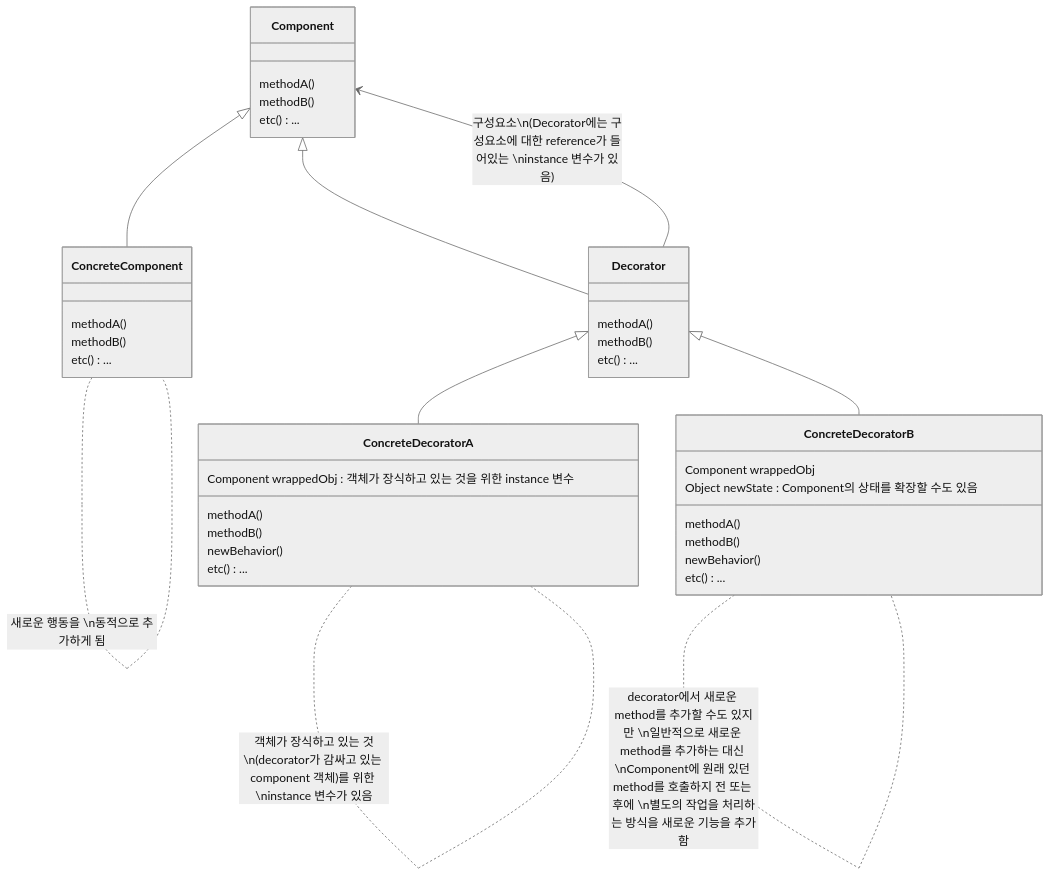
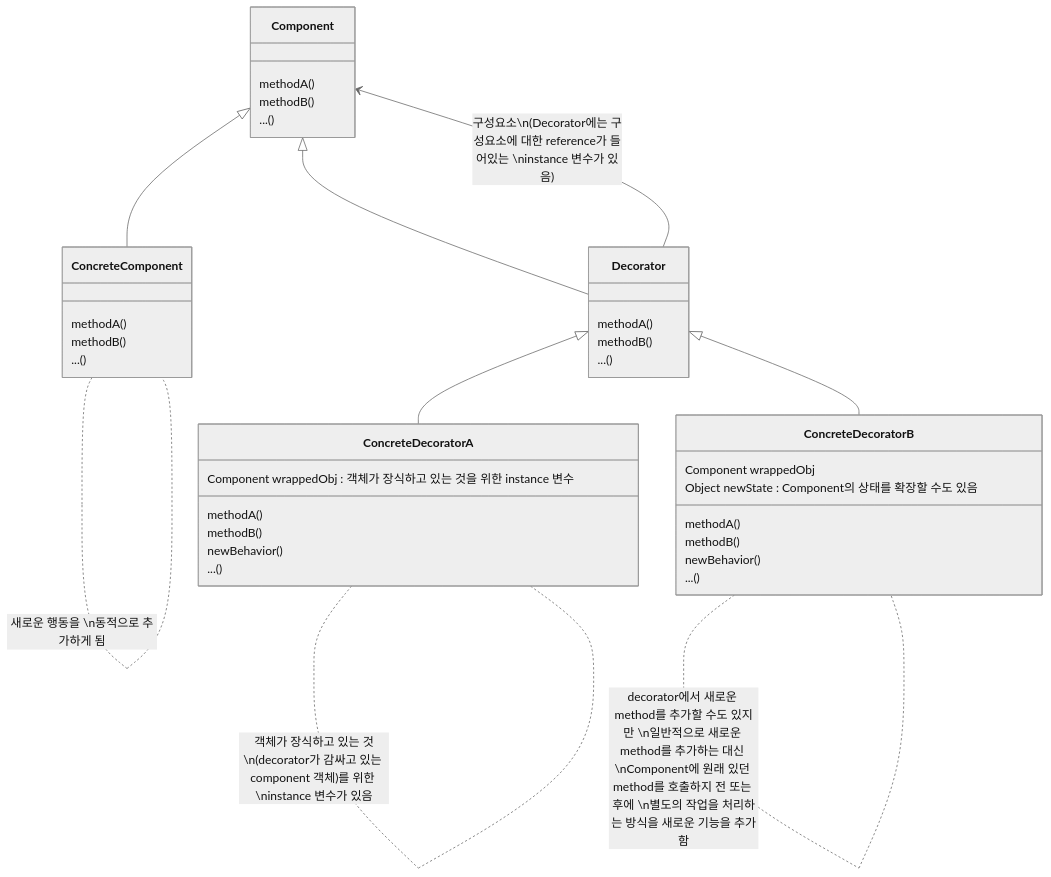
Before and after one commit to choesimin/choesimin.github.io: the first of 2 diagrams in design/design-pattern/decorator-pattern.md, drawn with Mermaid (neutral theme). The commit also changed other lines of this file and 6 other files, not shown here.

````diff
--- a/design/design-pattern/decorator-pattern.md
+++ b/design/design-pattern/decorator-pattern.md
@@ -25,49 +25,49 @@
 ```mermaid
 classDiagram
 
 class Component {
     methodA()
     methodB()
-    etc() ...
+    ...()
 }
 
 class ConcreteComponent {
     methodA()
     methodB()
-    etc() ...
+    ...()
 }
 
 class Decorator {
     methodA()
     methodB()
-    etc() ...
+    ...()
 }
 
 class ConcreteDecoratorA {
     Component wrappedObj : 객체가 장식하고 있는 것을 위한 instance 변수
     methodA()
     methodB()
     newBehavior()
-    etc() ...
+    ...()
 }
 
 class ConcreteDecoratorB {
     Component wrappedObj
     Object newState : Component의 상태를 확장할 수도 있음
     methodA()
     methodB()
     newBehavior()
-    etc() ...
+    ...()
 }
 
 Component <|-- ConcreteComponent
 Component <|-- Decorator
 Decorator <|-- ConcreteDecoratorA
 Decorator <|-- ConcreteDecoratorB
 
 Component <-- Decorator : 구성요소\n(Decorator에는 구성요소에 대한 reference가 들어있는 \ninstance 변수가 있음)
 
 ConcreteComponent .. ConcreteComponent : 새로운 행동을 \n동적으로 추가하게 됨
 ConcreteDecoratorA .. ConcreteDecoratorA : 객체가 장식하고 있는 것\n(decorator가 감싸고 있는 component 객체)를 위한 \ninstance 변수가 있음
 ConcreteDecoratorB .. ConcreteDecoratorB : decorator에서 새로운 method를 추가할 수도 있지만 \n일반적으로 새로운 method를 추가하는 대신 \nComponent에 원래 있던 method를 호출하지 전 또는 후에 \n별도의 작업을 처리하는 방식을 새로운 기능을 추가함
 ```
````
